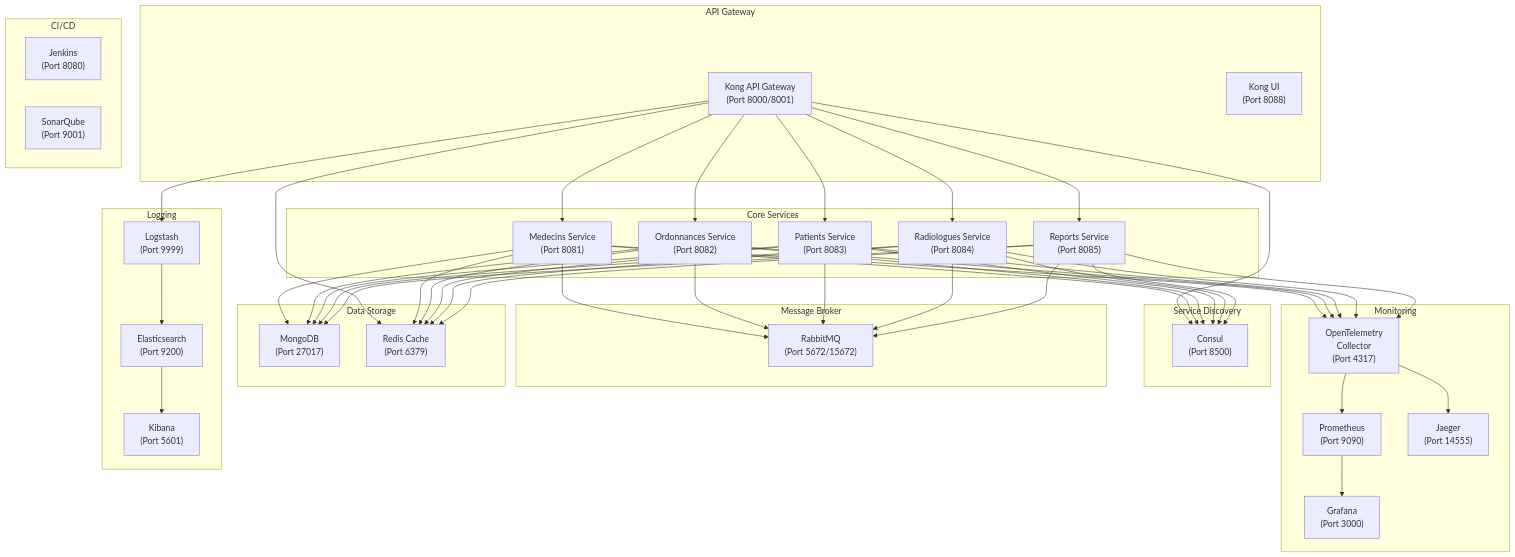
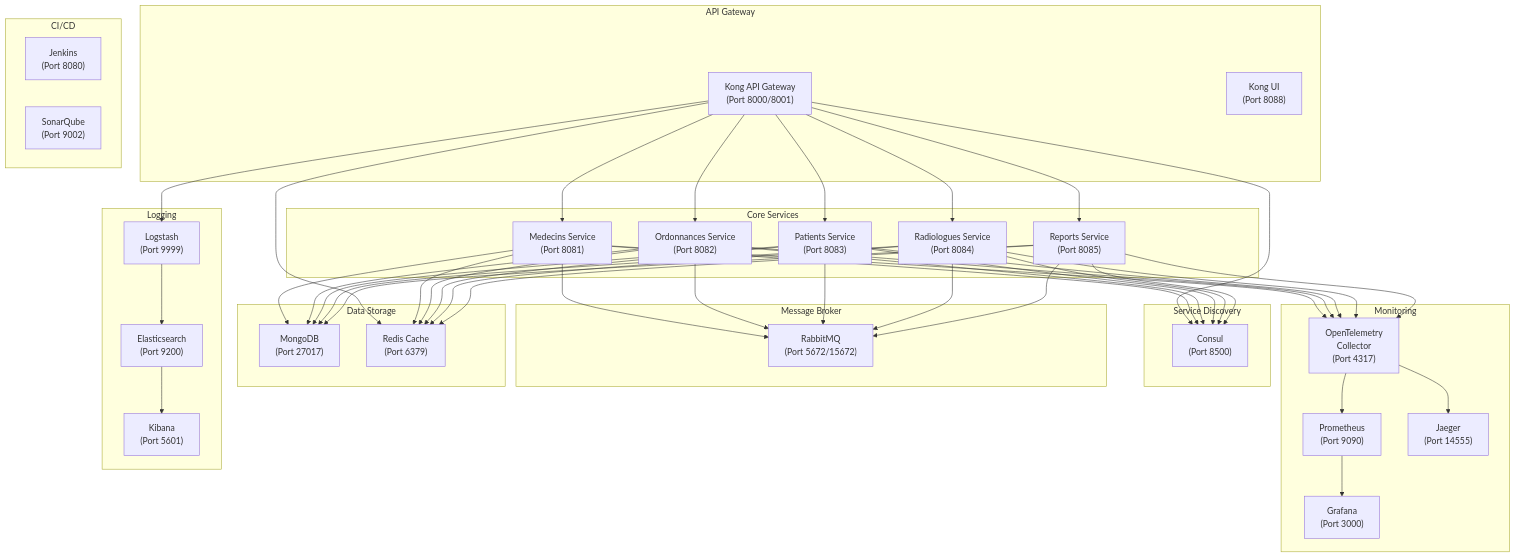
One commit to aliammari1/pulmocare changed the diagram in microservices.mmd. Above: the diagram before and after it, drawn with Mermaid. The commit also changed 36 other files, not shown here.

```diff
--- a/microservices.mmd
+++ b/microservices.mmd
@@ -1,61 +1,61 @@
 graph TD
     subgraph API Gateway
         Kong["Kong API Gateway<br/>(Port 8000/8001)"]
         KongUI["Kong UI<br/>(Port 8088)"]
     end
 
     subgraph Core Services
         Medecins["Medecins Service<br/>(Port 8081)"]
         Ordonnances["Ordonnances Service<br/>(Port 8082)"]
         Patients["Patients Service<br/>(Port 8083)"]
         Radiologues["Radiologues Service<br/>(Port 8084)"]
         Reports["Reports Service<br/>(Port 8085)"]
     end
 
     subgraph Service Discovery
         Consul["Consul<br/>(Port 8500)"]
     end
 
     subgraph Message Broker
         RabbitMQ["RabbitMQ<br/>(Port 5672/15672)"]
     end
 
     subgraph Data Storage
         MongoDB["MongoDB<br/>(Port 27017)"]
         Redis["Redis Cache<br/>(Port 6379)"]
     end
 
     subgraph Monitoring
         Prometheus["Prometheus<br/>(Port 9090)"]
         Grafana["Grafana<br/>(Port 3000)"]
         OTel["OpenTelemetry<br/>Collector<br/>(Port 4317)"]
         Jaeger["Jaeger<br/>(Port 14555)"]
     end
 
     subgraph Logging
         Elastic["Elasticsearch<br/>(Port 9200)"]
         Logstash["Logstash<br/>(Port 9999)"]
         Kibana["Kibana<br/>(Port 5601)"]
     end
 
     subgraph CI/CD
         Jenkins["Jenkins<br/>(Port 8080)"]
-        SonarQube["SonarQube<br/>(Port 9001)"]
+        SonarQube["SonarQube<br/>(Port 9002)"]
     end
 
     Kong --> Medecins & Ordonnances & Patients & Radiologues & Reports
     Kong --> Consul
     Kong --> Redis
 
     Medecins & Ordonnances & Patients & Radiologues & Reports --> Consul
     Medecins & Ordonnances & Patients & Radiologues & Reports --> MongoDB
     Medecins & Ordonnances & Patients & Radiologues & Reports --> Redis
     Medecins & Ordonnances & Patients & Radiologues & Reports --> RabbitMQ
     Medecins & Ordonnances & Patients & Radiologues & Reports --> OTel
 
     OTel --> Jaeger
     OTel --> Prometheus
     Prometheus --> Grafana
     Kong --> Logstash
     Logstash --> Elastic
     Elastic --> Kibana
```
